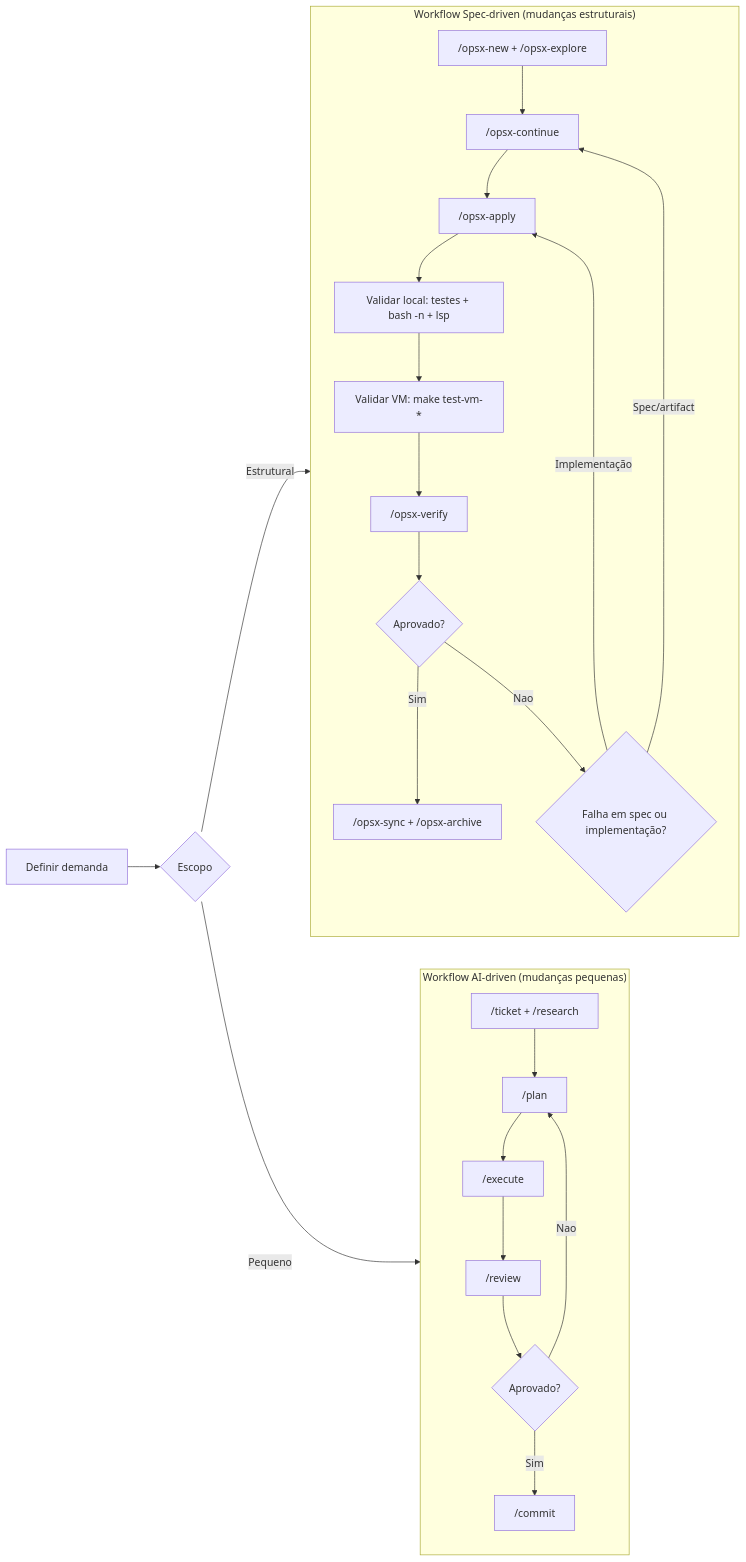
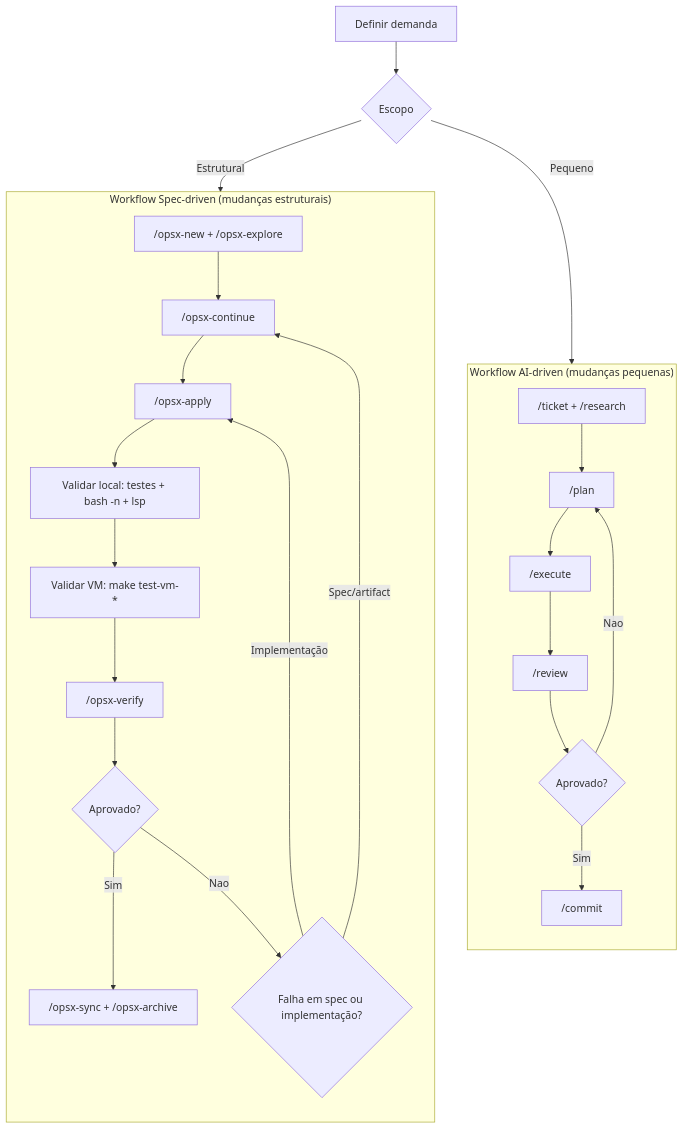
Before and after one commit to helton-godoy/build-iso: the fourth of 6 diagrams in docs/AI_SPEC_DRIVEN_WORKFLOW.md, drawn with Mermaid. The commit also changed 1 other file, not shown here.

Commit message:
docs: update architecture documentation
Minor updates to architecture documentation for consistency.

````diff
--- a/docs/AI_SPEC_DRIVEN_WORKFLOW.md
+++ b/docs/AI_SPEC_DRIVEN_WORKFLOW.md
@@ -119,36 +119,36 @@
 ```mermaid
-flowchart LR
+flowchart TB
 
     A[Definir demanda] --> B{Escopo}
 
     subgraph AI["Workflow AI-driven (mudanças pequenas)"]
 
       direction TB
       C["/ticket + /research"] --> D["/plan"]
       D --> E["/execute"]
       E --> F["/review"]
       F --> G{Aprovado?}
       G -->|Sim| H["/commit"]
       G -->|Nao| D
 
     end
 
     subgraph OPSX["Workflow Spec-driven (mudanças estruturais)"]
 
       direction TB
       I["/opsx-new + /opsx-explore"] --> J["/opsx-continue"]
       J --> K["/opsx-apply"]
       K --> L["Validar local: testes + bash -n + lsp"]
       L --> M["Validar VM: make test-vm-*"]
       M --> N["/opsx-verify"]
       N --> O{Aprovado?}
       O -->|Sim| P["/opsx-sync + /opsx-archive"]
       O -->|Nao| Q{Falha em spec ou implementação?}
       Q -->|Spec/artifact| J
       Q -->|Implementação| K
 
     end
 
     B -->|Pequeno| C
     B -->|Estrutural| I
 ```
````
